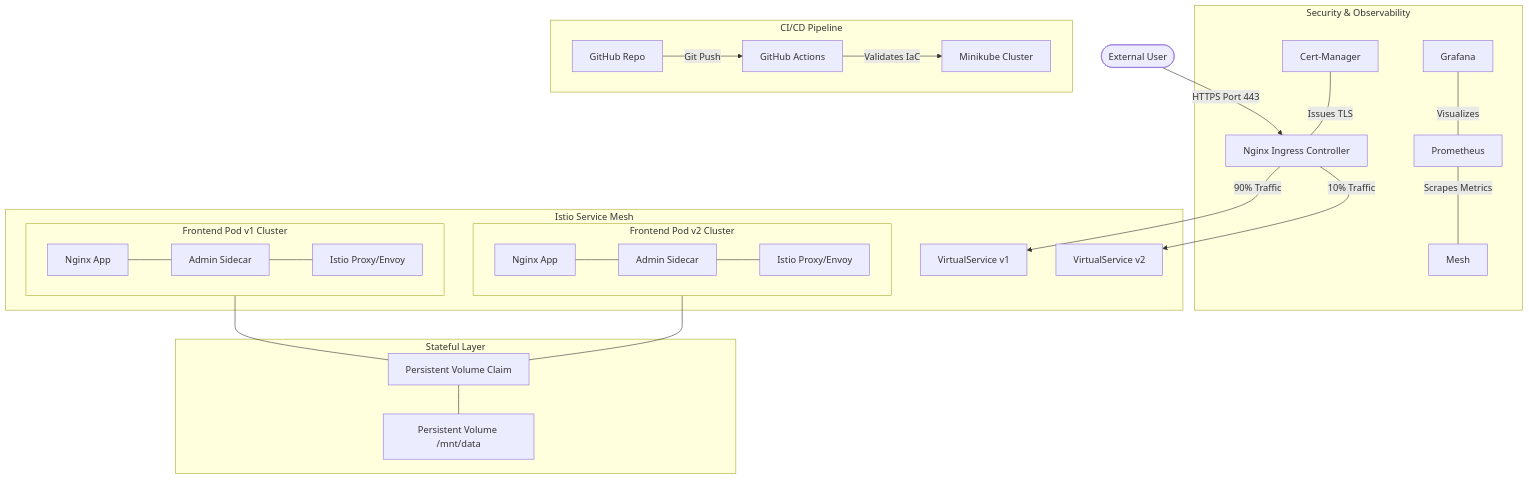
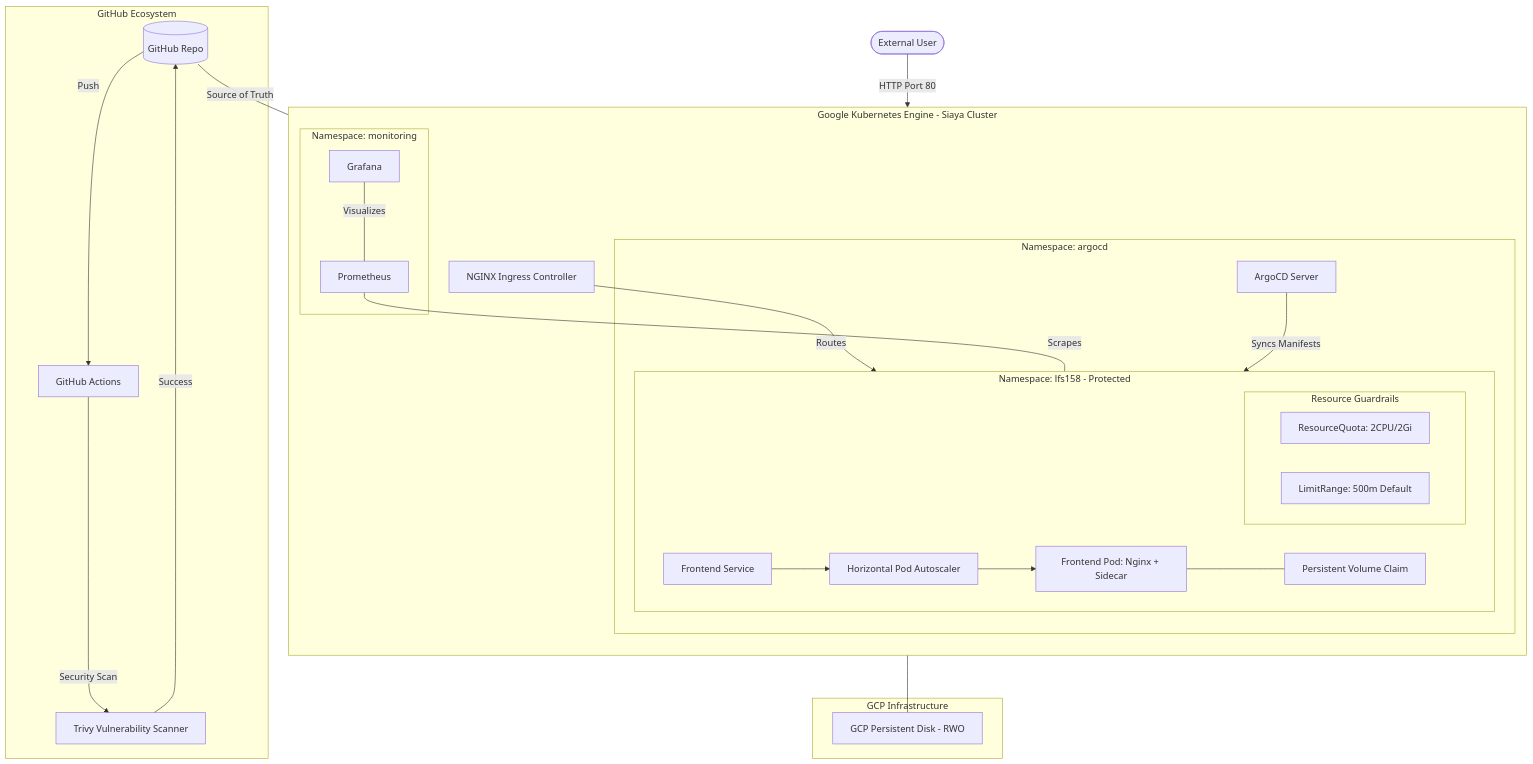
Before and after one commit to Alwende/kubernetes-platform-engineer-project: the diagram in ARCHITECTURE.md, drawn with Mermaid. The commit also changed other lines of this file, not shown here.

Commit message:
docs: update architecture to reflect verified GKE Phase 6 deployment

````diff
--- a/ARCHITECTURE.md
+++ b/ARCHITECTURE.md
@@ -4,38 +4,41 @@
 ```mermaid
 graph TD
-    User([External User]) -->|HTTPS Port 443| Ing[Nginx Ingress Controller]
+    User([External User]) -->|HTTP Port 80| Ing[NGINX Ingress Controller]
     
-    subgraph Security_Layer [Security & Observability]
-        CM[Cert-Manager] ---|Issues TLS| Ing
-        Prom[Prometheus] ---|Scrapes Metrics| Mesh
-        Graf[Grafana] ---|Visualizes| Prom
-    end
-
-    subgraph Service_Mesh [Istio Service Mesh]
-        Ing -->|90% Traffic| VS_v1[VirtualService v1]
-        Ing -->|10% Traffic| VS_v2[VirtualService v2]
+    subgraph GKE_Cloud_Infrastructure [Google Kubernetes Engine - Siaya Cluster]
+        direction TB
+        Ing -->|Routes| Svc[Frontend Service]
         
-        subgraph Pod_v1 [Frontend Pod v1 Cluster]
+        subgraph LFS158_Namespace [Namespace: lfs158 - Protected]
             direction LR
-            App1[Nginx App] --- Side1[Admin Sidecar]
-            Side1 --- Envoy1[Istio Proxy/Envoy]
+            Svc --> HPA[Horizontal Pod Autoscaler]
+            HPA --> Pod[Frontend Pod: Nginx + Sidecar]
+            Pod --- PVC[Persistent Volume Claim]
+            
+            subgraph Governance [Resource Guardrails]
+                RQ[ResourceQuota: 2CPU/2Gi]
+                LR[LimitRange: 500m Default]
+            end
         end
 
-        subgraph Pod_v2 [Frontend Pod v2 Cluster]
-            direction LR
-            App2[Nginx App] --- Side2[Admin Sidecar]
-            Side2 --- Envoy2[Istio Proxy/Envoy]
+        subgraph Monitoring_Layer [Namespace: monitoring]
+            Prom[Prometheus] ---|Scrapes| Pod
+            Graf[Grafana] ---|Visualizes| Prom
+        end
+        
+        subgraph GitOps_Control [Namespace: argocd]
+            Argo[ArgoCD Server] -->|Syncs Manifests| LFS158_Namespace
         end
     end
 
-    subgraph Persistence [Stateful Layer]
-        Pod_v1 --- PVC[Persistent Volume Claim]
-        Pod_v2 --- PVC
-        PVC --- PV[Persistent Volume /mnt/data]
+    subgraph Storage_Layer [GCP Infrastructure]
+        PVC --- PD[GCP Persistent Disk - RWO]
     end
 
-    subgraph Governance [CI/CD Pipeline]
-        GH[GitHub Repo] -->|Git Push| GHA[GitHub Actions]
-        GHA -->|Validates IaC| K8s[Minikube Cluster]
+    subgraph CI_CD_Pipeline [GitHub Ecosystem]
+        Repo[(GitHub Repo)] -->|Push| GHA[GitHub Actions]
+        GHA -->|Security Scan| Trivy[Trivy Vulnerability Scanner]
+        Trivy -->|Success| Repo
+        Repo ---|Source of Truth| Argo
     end
 ```
````
